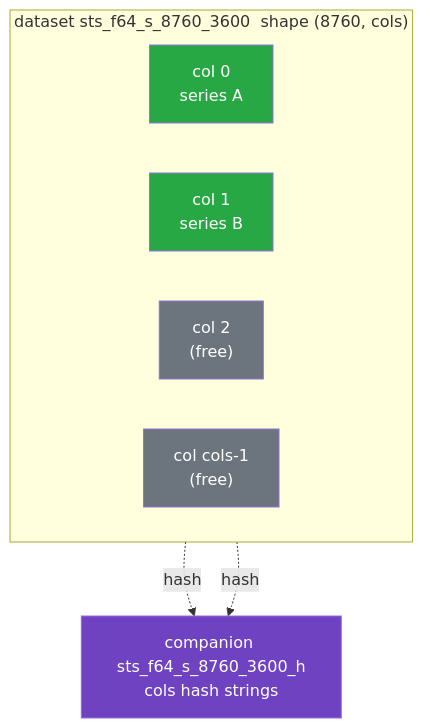
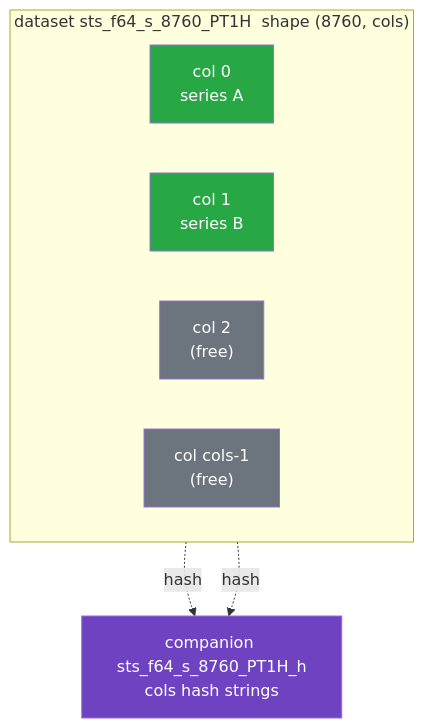
The first of 2 diagrams in docs/src/explanation/storage-model.md (NatLabRockies/infrastore), drawn with Mermaid before and after one commit. The commit also changed other lines of this file and 34 other files, not shown here.

````diff
--- a/docs/src/explanation/storage-model.md
+++ b/docs/src/explanation/storage-model.md
@@ -44,19 +44,19 @@
 ```mermaid
 flowchart TB
-    subgraph ds["dataset&nbsp;sts_f64_s_8760_3600&nbsp;&nbsp;shape&nbsp;(8760,&nbsp;cols)"]
+    subgraph ds["dataset&nbsp;sts_f64_s_8760_PT1H&nbsp;&nbsp;shape&nbsp;(8760,&nbsp;cols)"]
         direction LR
         C0["col 0<br/>series A"]
         C1["col 1<br/>series B"]
         C2["col 2<br/>(free)"]
         CN["col cols-1<br/>(free)"]
     end
-    H["companion sts_f64_s_8760_3600_h<br/>cols hash strings"]
+    H["companion sts_f64_s_8760_PT1H_h<br/>cols hash strings"]
     C0 -.hash.-> H
     C1 -.hash.-> H
 
     style C0 fill:#28a745,color:#fff
     style C1 fill:#28a745,color:#fff
     style C2 fill:#6c757d,color:#fff
     style CN fill:#6c757d,color:#fff
     style H fill:#6f42c1,color:#fff
 ```
````
